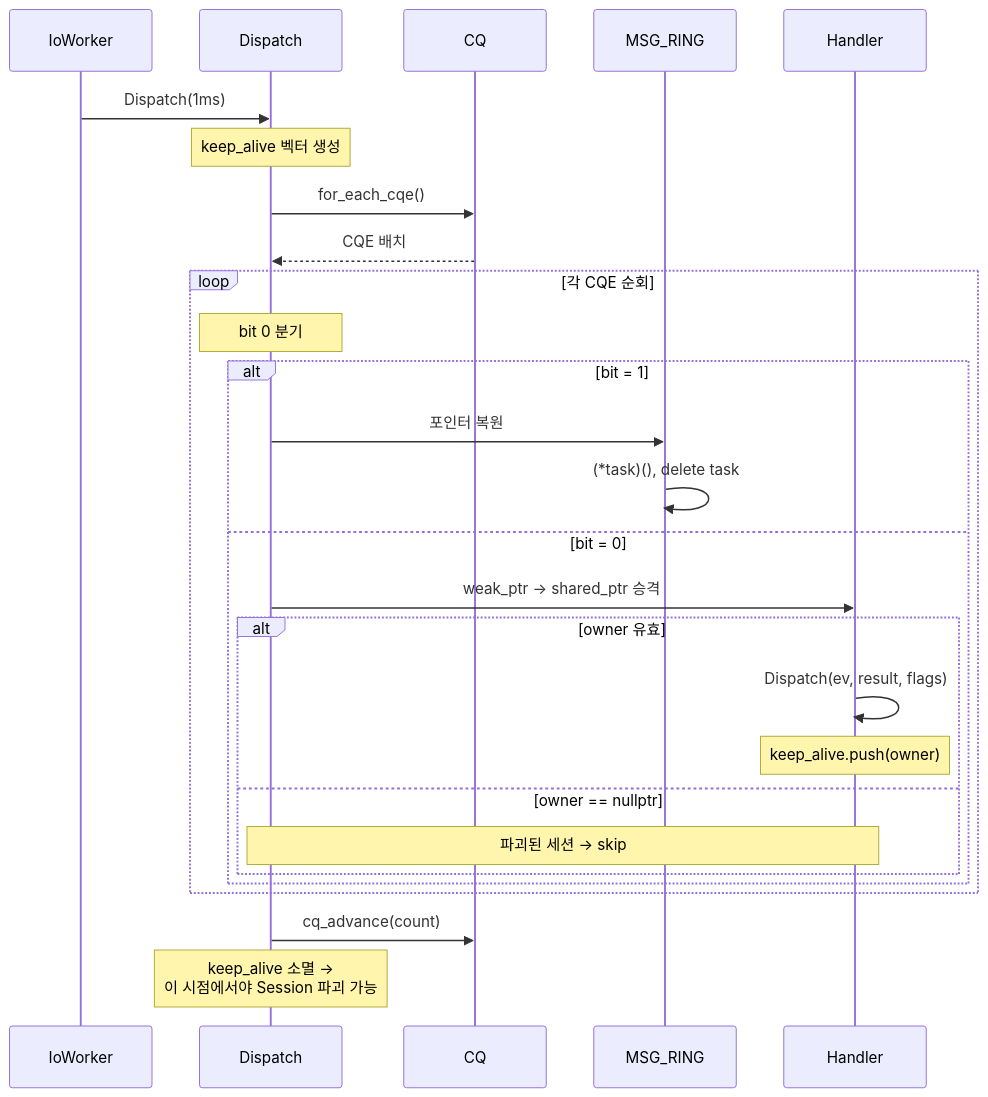
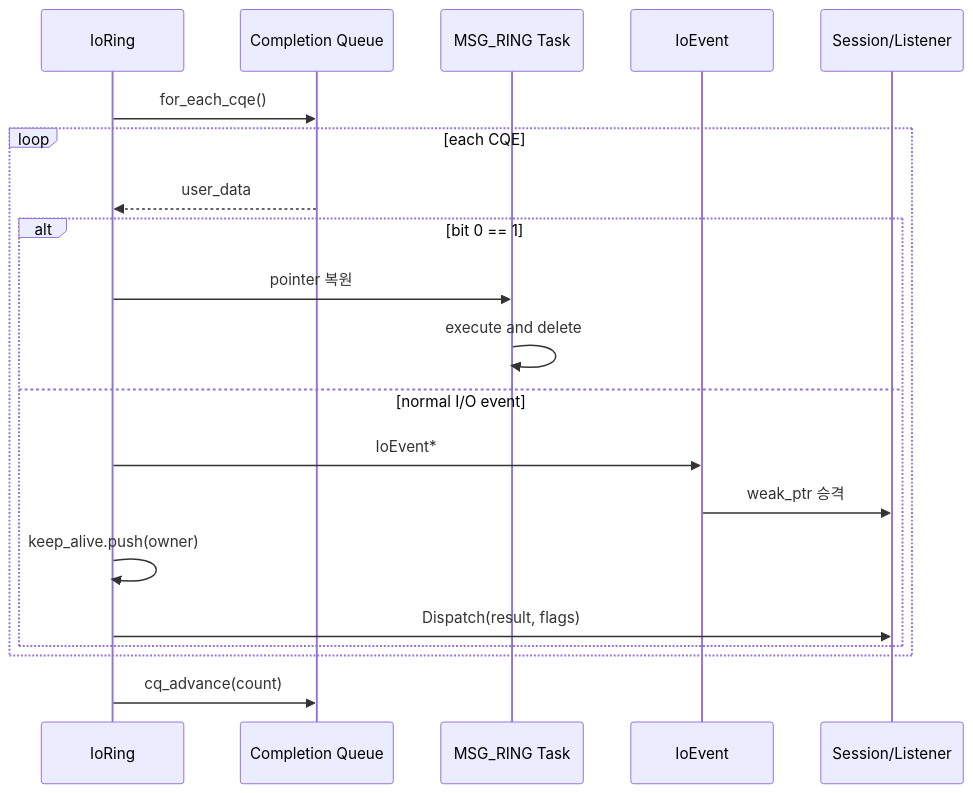
Before and after one commit to mint-cocoa/portfolio: the third of 6 diagrams in docs/server/ServerCorePortfolio.qmd, drawn with Mermaid. The commit also changed other lines of this file and 1 other file, not shown here.

````diff
--- a/docs/server/ServerCorePortfolio.qmd
+++ b/docs/server/ServerCorePortfolio.qmd
@@ -209,34 +206,25 @@
 ```{mermaid}
 %%| label: fig-dispatch
-%%| fig-cap: "Dispatch() 전체 흐름"
+%%| fig-cap: "CQE dispatch 흐름"
 sequenceDiagram
-    participant IW as IoWorker
-    participant D as Dispatch
-    participant CQ as CQ
-    participant MR as MSG_RING
-    participant H as Handler
+    participant Ring as IoRing
+    participant CQ as Completion Queue
+    participant Task as MSG_RING Task
+    participant Event as IoEvent
+    participant Owner as Session/Listener
 
-    IW->>D: Dispatch(1ms)
-    Note over D: keep_alive 벡터 생성
-    D->>CQ: for_each_cqe()
-    CQ-->>D: CQE 배치
-
-    loop 각 CQE 순회
-        Note over D: bit 0 분기
-        alt bit = 1
-            D->>MR: 포인터 복원
-            MR->>MR: (*task)(), delete task
-        else bit = 0
-            D->>H: weak_ptr → shared_ptr 승격
-            alt owner 유효
-                H->>H: Dispatch(ev, result, flags)
-                Note over H: keep_alive.push(owner)
-            else owner == nullptr
-                Note over D,H: 파괴된 세션 → skip
-            end
+    Ring->>CQ: for_each_cqe()
+    loop each CQE
+        CQ-->>Ring: user_data
+        alt bit 0 == 1
+            Ring->>Task: pointer 복원
+            Task->>Task: execute and delete
+        else normal I/O event
+            Ring->>Event: IoEvent*
+            Event->>Owner: weak_ptr 승격
+            Ring->>Ring: keep_alive.push(owner)
+            Ring->>Owner: Dispatch(result, flags)
         end
     end
-
-    D->>CQ: cq_advance(count)
-    Note over D: keep_alive 소멸 →<br/>이 시점에서야 Session 파괴 가능
+    Ring->>CQ: cq_advance(count)
 ```
````
